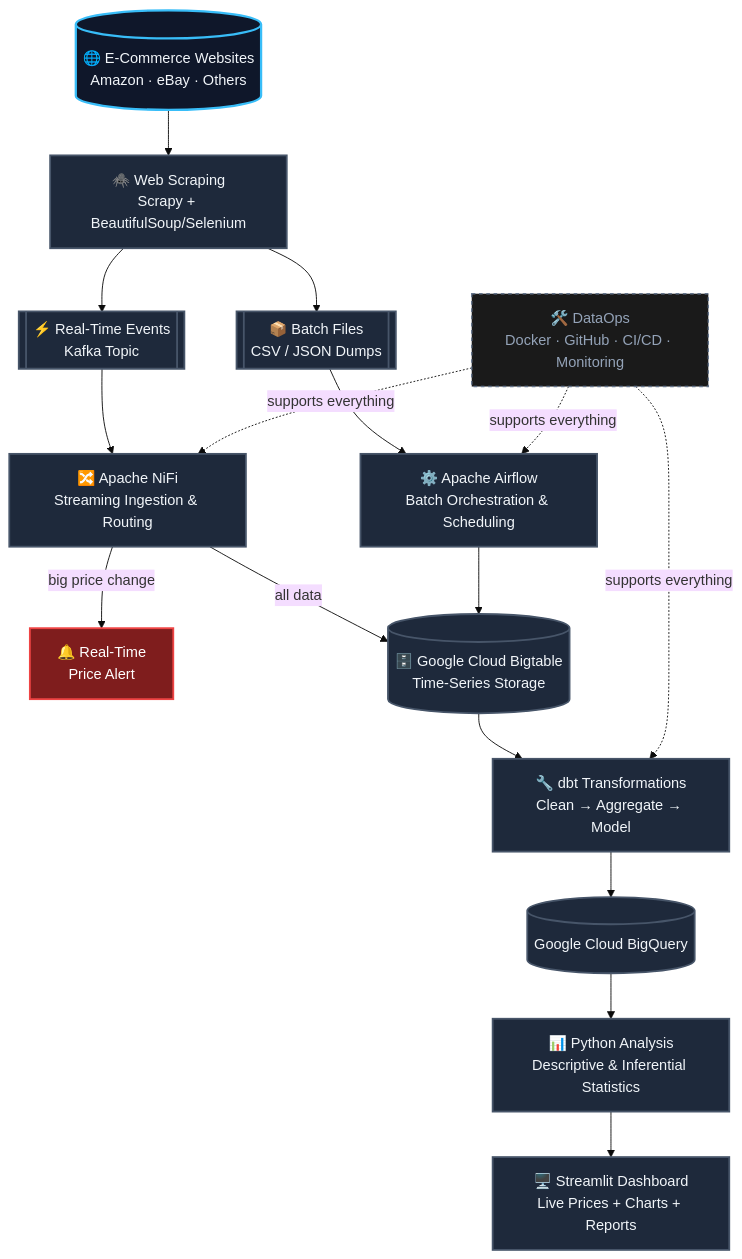
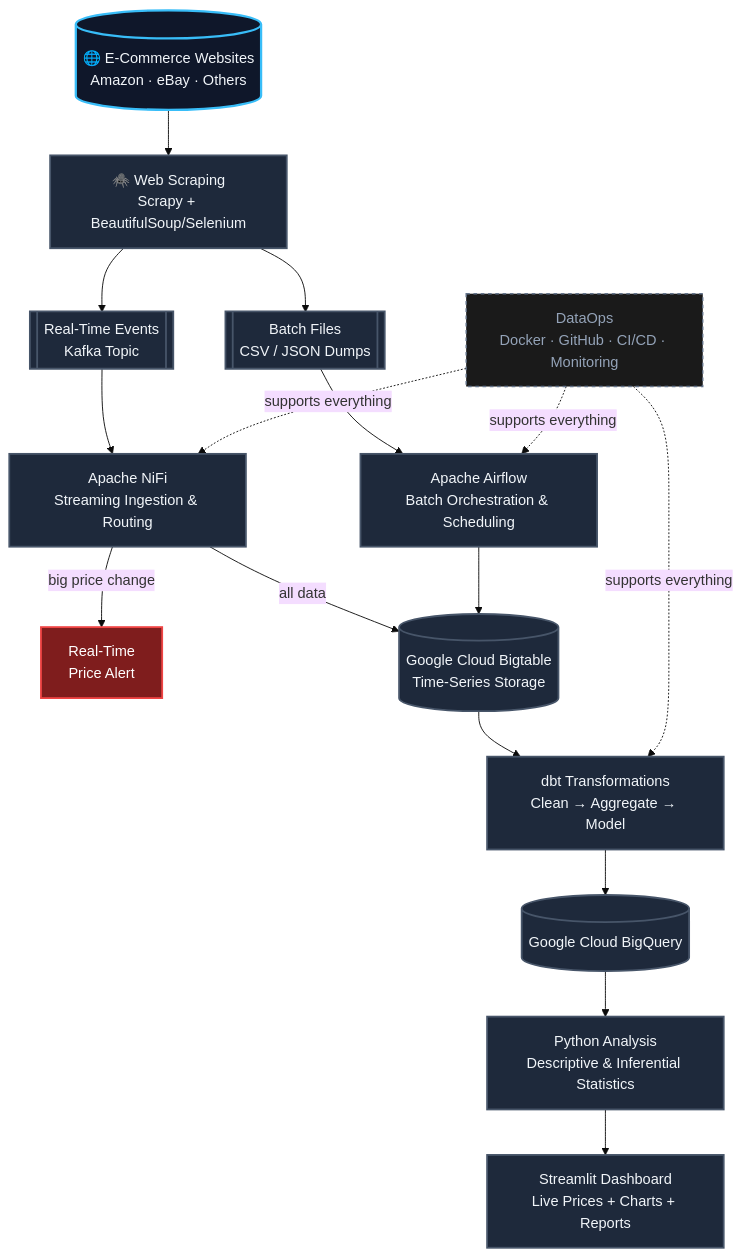
One commit to M-Oubriche/E-commerce-Price-Intelligence-platform changed the first of 11 diagrams in README.md. Above: the diagram before and after it, drawn with Mermaid (base theme). The commit also changed other lines of this file, not shown here.

Commit message:
Remove emojis and clean up formatting in README

````diff
--- a/README.md
+++ b/README.md
@@ -187,64 +187,64 @@
 ```mermaid
 flowchart TD
     %% DATA SOURCES
     SOURCES[("🌐 E-Commerce Websites\nAmazon · eBay · Others")]
 
     %% SCRAPING
     SCRAPING["🕷️ Web Scraping\nScrapy + BeautifulSoup/Selenium"]
 
     %% SPLIT
     SOURCES --> SCRAPING
     SCRAPING --> REALTIME
     SCRAPING --> BATCH
 
     %% TWO PATHS
-    REALTIME[["⚡ Real-Time Events\nKafka Topic"]]
-    BATCH[["📦 Batch Files\nCSV / JSON Dumps"]]
+    REALTIME[[" Real-Time Events\nKafka Topic"]]
+    BATCH[["Batch Files\nCSV / JSON Dumps"]]
 
     %% NIFI
-    NIFI["🔀 Apache NiFi\nStreaming Ingestion & Routing"]
+    NIFI["Apache NiFi\nStreaming Ingestion & Routing"]
     REALTIME --> NIFI
-    NIFI -->|"big price change"| ALERT["🔔 Real-Time\nPrice Alert"]
+    NIFI -->|"big price change"| ALERT[" Real-Time\nPrice Alert"]
     NIFI -->|"all data"| BigTable
 
     %% AIRFLOW
-    AIRFLOW["⚙️ Apache Airflow\nBatch Orchestration & Scheduling"]
+    AIRFLOW["Apache Airflow\nBatch Orchestration & Scheduling"]
     BATCH --> AIRFLOW
     AIRFLOW --> BigTable
 
     %% BigTable
-    BigTable[("🗄️ Google Cloud Bigtable \n Time-Series Storage")]
+    BigTable[("Google Cloud Bigtable \n Time-Series Storage")]
 
     %% DBT
-    DBT["🔧 dbt Transformations\nClean → Aggregate → Model"]
+    DBT[" dbt Transformations\nClean → Aggregate → Model"]
     BigTable--> DBT
     
      %% BigQuery
     BigQuery[("Google Cloud BigQuery")]
     DBT-->BigQuery
     
 
     %% ANALYSIS
-    ANALYSIS["📊 Python Analysis\nDescriptive & Inferential Statistics"]
+    ANALYSIS["Python Analysis\nDescriptive & Inferential Statistics"]
     BigQuery--> ANALYSIS
 
     %% DASHBOARD
-    DASHBOARD["🖥️ Streamlit Dashboard\nLive Prices + Charts + Reports"]
+    DASHBOARD["Streamlit Dashboard\nLive Prices + Charts + Reports"]
     ANALYSIS --> DASHBOARD
 
     %% DATAOPS (side)
-    DATAOPS["🛠️ DataOps\nDocker · GitHub · CI/CD · Monitoring"]
+    DATAOPS["DataOps\nDocker · GitHub · CI/CD · Monitoring"]
     DATAOPS -. "supports everything" .-> NIFI
     DATAOPS -. "supports everything" .-> AIRFLOW
     DATAOPS -. "supports everything" .-> DBT
 
     %% STYLES
     classDef default fill:#1e293b,stroke:#475569,color:#f1f5f9,stroke-width:2px
     classDef highlight fill:#0f172a,stroke:#38bdf8,color:#f1f5f9,stroke-width:2.5px
     classDef alert fill:#7f1d1d,stroke:#ef4444,color:#fff,stroke-width:2px
     classDef ops fill:#1a1a1a,stroke:#64748b,color:#94a3b8,stroke-width:1.5px,stroke-dasharray:4 4
 
     class SOURCES,STORAGE highlight
     class ALERT alert
     class DATAOPS ops
 ```
````
